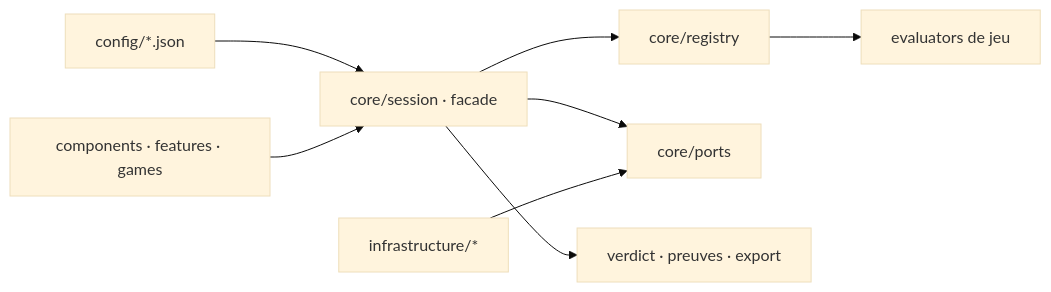
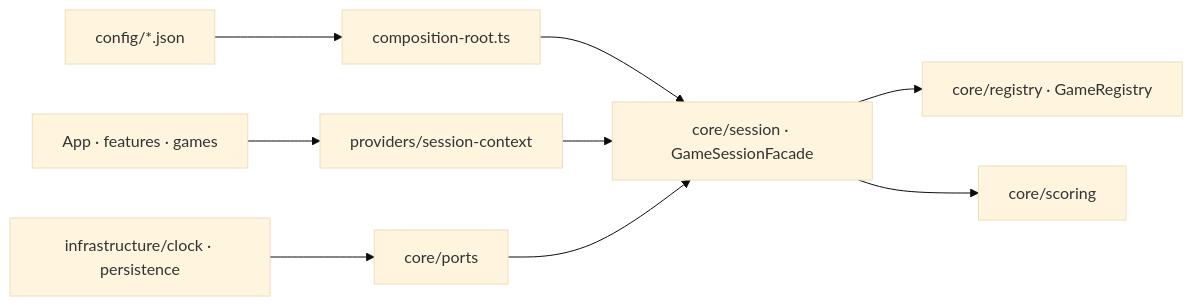
One commit to jdelauney/laivel-up-eval changed the diagram in aidd_docs/memory/architecture.md. Above: the diagram before and after it, drawn with Mermaid (base theme). The commit also changed other lines of this file and 10 other files, not shown here.

````diff
--- a/aidd_docs/memory/architecture.md
+++ b/aidd_docs/memory/architecture.md
@@ -15,10 +13,11 @@
 ```mermaid
 flowchart LR
-  json["config/*.json"] --> facade
-  ui["components · features · games"] --> facade["core/session · facade"]
-  facade --> registry["core/registry"]
-  facade --> ports["core/ports"]
-  registry --> evaluators["evaluators de jeu"]
-  adapters["infrastructure/*"] --> ports
-  facade --> report["verdict · preuves · export"]
+  json["config/*.json"] --> root["composition-root.ts"]
+  root --> facade["core/session · GameSessionFacade"]
+  ui["App · features · games"] --> ctx["providers/session-context"]
+  ctx --> facade
+  facade --> registry["core/registry · GameRegistry"]
+  facade --> scoring["core/scoring"]
+  adapters["infrastructure/clock · persistence"] --> ports["core/ports"]
+  ports --> facade
 ```
````
